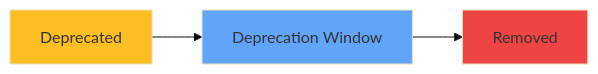
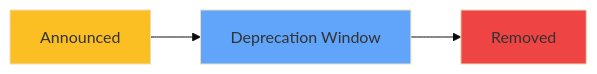
One commit to courselabs/kubernetes changed the fourth of 9 diagrams in slides/api-versions/slides.md. Above: the diagram before and after it, drawn with Mermaid (base theme). The commit also changed other lines of this file and 7 other files, not shown here.

````diff
--- a/slides/api-versions/slides.md
+++ b/slides/api-versions/slides.md
@@ -132,8 +202,8 @@
 ```mermaid
 graph LR
-    D[Deprecated] --> W[Deprecation Window]
+    D[Announced] --> W[Deprecation Window]
     W --> R[Removed]
     style D fill:#fbbf24
     style W fill:#60a5fa
     style R fill:#ef4444
 ```
````
